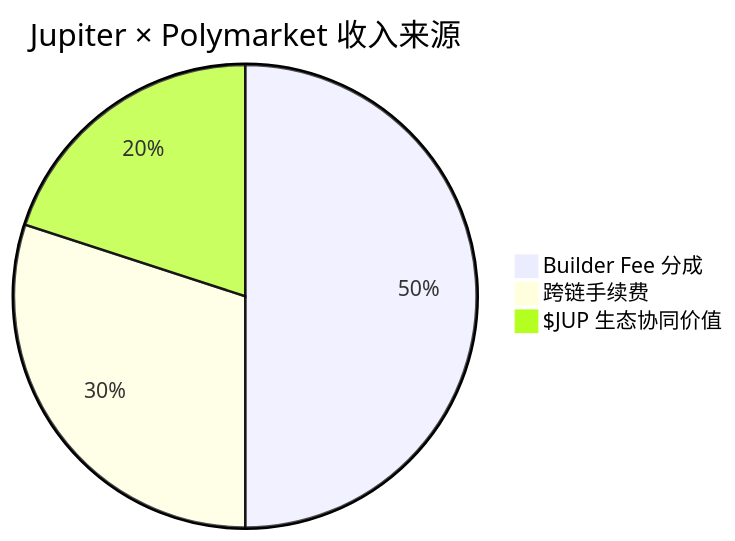
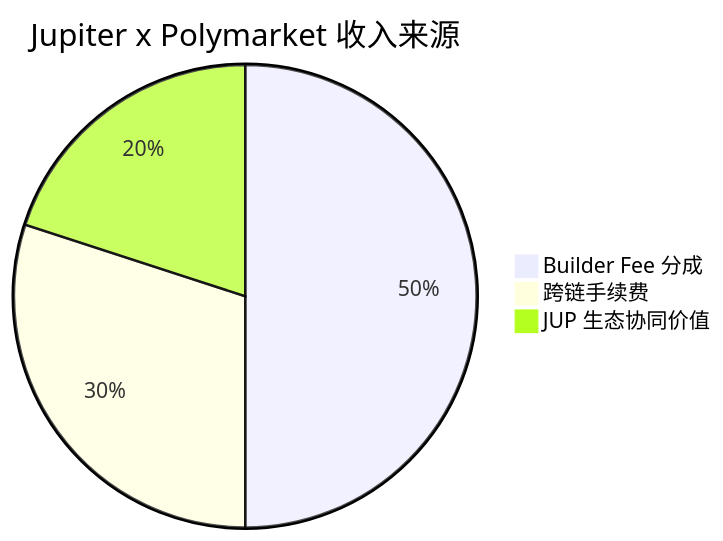
Diagram 11 of 11 in research/11_jupiter/analysis.md (survivorff/polymarket_research), drawn with Mermaid before and after one commit. The commit also changed other lines of this file and 11 other files, not shown here.

First line of the commit message:
feat: 补充全平台详细 UX 流程图（注册/入金/交易/提现/领奖）

````diff
--- a/research/11_jupiter/analysis.md
+++ b/research/11_jupiter/analysis.md
@@ -155,6 +273,6 @@
 ```mermaid
-pie title Jupiter × Polymarket 收入来源
+pie title Jupiter x Polymarket 收入来源
     "Builder Fee 分成" : 50
     "跨链手续费" : 30
-    "$JUP 生态协同价值" : 20
+    "JUP 生态协同价值" : 20
 ```
````
